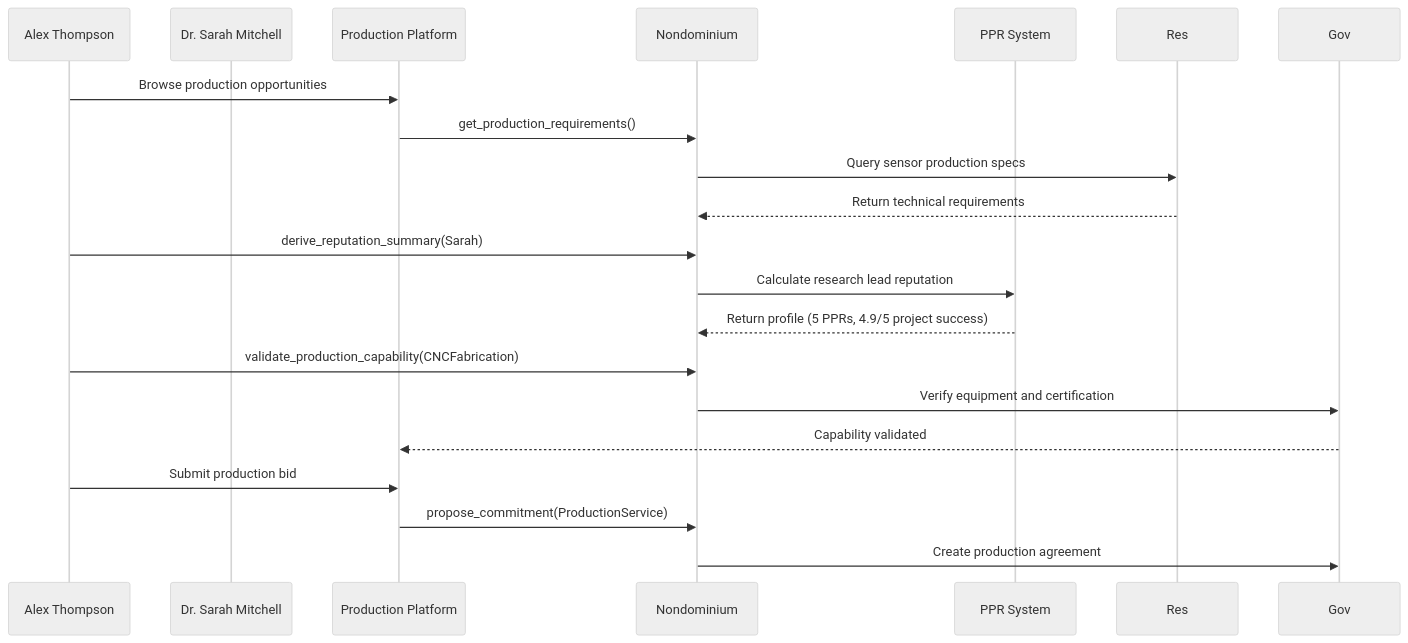
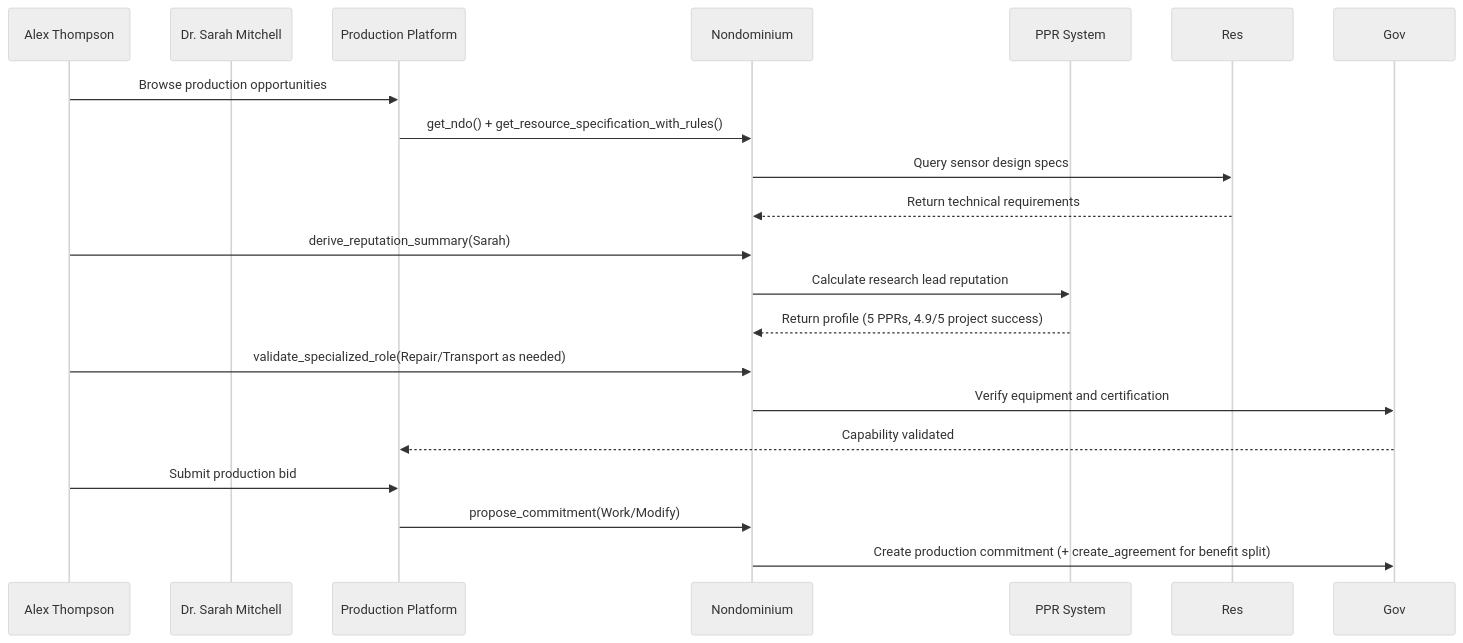
Before and after one commit to Sensorica/nondominium: the third of 9 diagrams in documentation/Applications/user-story/user-story-material-peer-production.md, drawn with Mermaid (neutral theme). The commit also changed other lines of this file and 99 other files, not shown here.

````diff
--- a/documentation/Applications/user-story/user-story-material-peer-production.md
+++ b/documentation/Applications/user-story/user-story-material-peer-production.md
@@ -130,25 +152,25 @@
 ```mermaid
 sequenceDiagram
     participant Alex as Alex Thompson
     participant Sarah as Dr. Sarah Mitchell
     participant Platform as Production Platform
     participant ND as Nondominium
     participant PPR as PPR System
 
     Alex->>Platform: Browse production opportunities
-    Platform->>ND: get_production_requirements()
-    ND->>Res: Query sensor production specs
+    Platform->>ND: get_ndo() + get_resource_specification_with_rules()
+    ND->>Res: Query sensor design specs
     Res-->>ND: Return technical requirements
 
     Alex->>ND: derive_reputation_summary(Sarah)
     ND->>PPR: Calculate research lead reputation
     PPR-->>ND: Return profile (5 PPRs, 4.9/5 project success)
 
-    Alex->>ND: validate_production_capability(CNCFabrication)
+    Alex->>ND: validate_specialized_role(Repair/Transport as needed)
     ND->>Gov: Verify equipment and certification
     Gov-->>Platform: Capability validated
 
     Alex->>Platform: Submit production bid
-    Platform->>ND: propose_commitment(ProductionService)
-    ND->>Gov: Create production agreement
+    Platform->>ND: propose_commitment(Work/Modify)
+    ND->>Gov: Create production commitment (+ create_agreement for benefit split)
 ```
````
